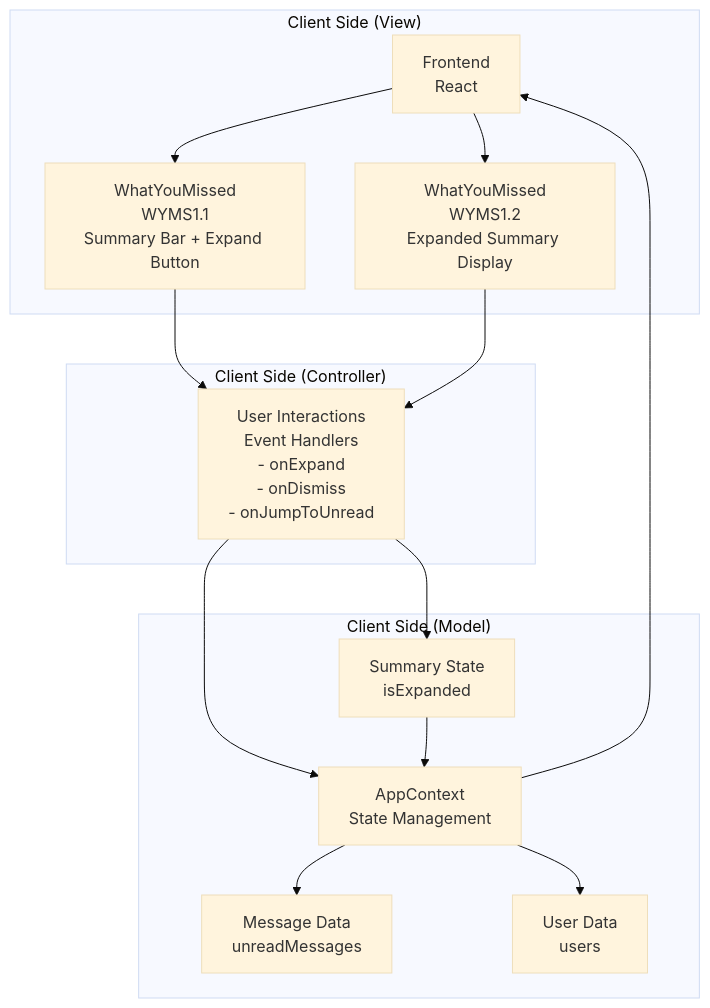
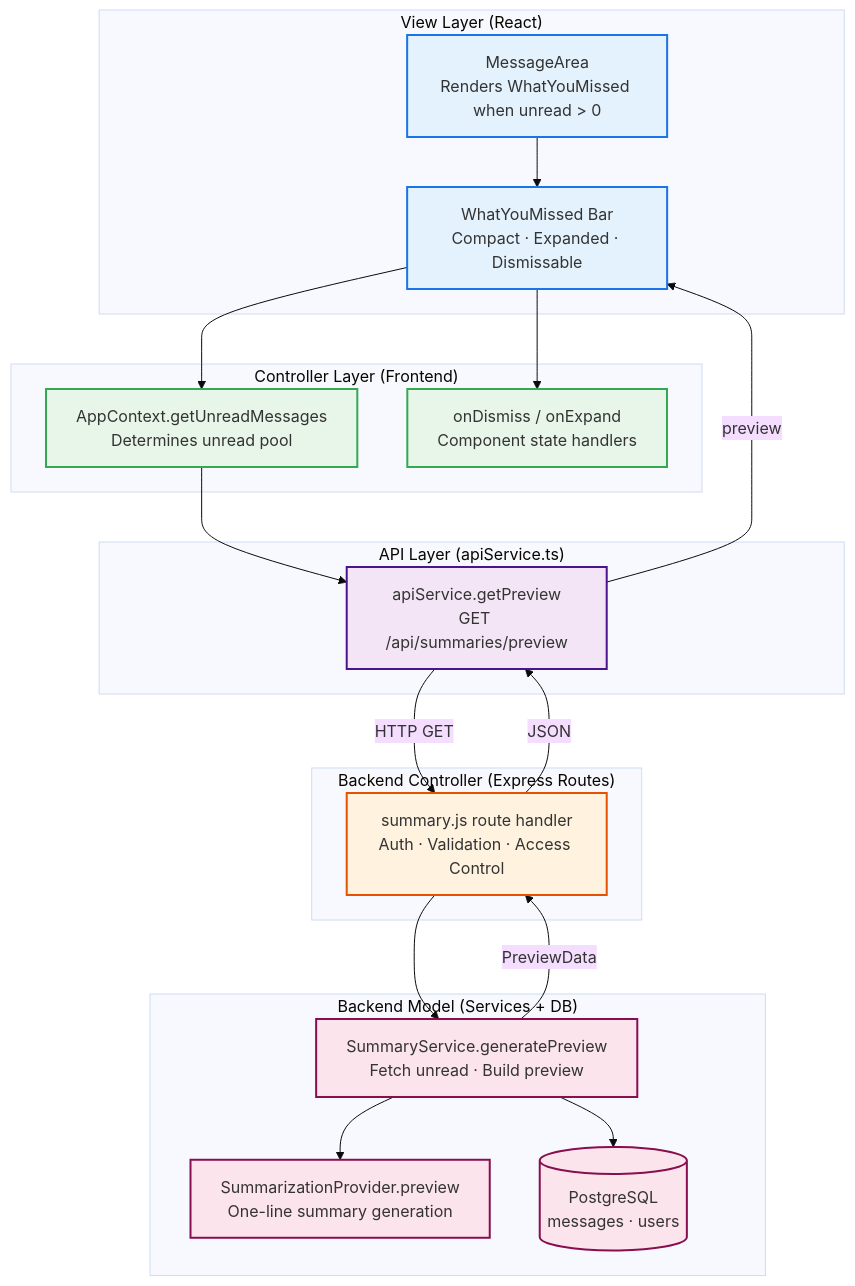
The diagram in docs/diagrams/automatic_architecture_diagram.mmd (LibertyQuinzel/Web-Based-Discord-Clone), drawn with Mermaid (base theme) before and after one commit. The commit also changed 67 other files, not shown here.

Commit message:
P4: Backend implementation with tests, docs, and diagrams

```diff
--- a/docs/diagrams/automatic_architecture_diagram.mmd
+++ b/docs/diagrams/automatic_architecture_diagram.mmd
@@ -1,32 +1,50 @@
 graph TB
-    %% What You Missed Summary (WYMS) - Architecture Diagram
-    %% MVC Architecture Pattern
+    %% What You Missed Preview (US2) - Full-Stack Architecture
 
-    subgraph "Client Side (View)"
-        A[Frontend<br/>React]
-        B[WhatYouMissed<br/>WYMS1.1<br/>Summary Bar + Expand Button]
-        C[WhatYouMissed<br/>WYMS1.2<br/>Expanded Summary Display]
+    subgraph "View Layer (React)"
+        V1[WhatYouMissed Bar<br/>Compact · Expanded · Dismissable]
+        V2[MessageArea<br/>Renders WhatYouMissed when unread > 0]
     end
 
-    subgraph "Client Side (Controller)"
-        D[User Interactions<br/>Event Handlers<br/>- onExpand<br/>- onDismiss<br/>- onJumpToUnread]
+    subgraph "Controller Layer (Frontend)"
+        C1[AppContext.getUnreadMessages<br/>Determines unread pool]
+        C2[onDismiss / onExpand<br/>Component state handlers]
     end
 
-    subgraph "Client Side (Model)"
-        E[AppContext<br/>State Management]
-        F[Message Data<br/>unreadMessages]
-        G[User Data<br/>users]
-        H[Summary State<br/>isExpanded]
+    subgraph "API Layer (apiService.ts)"
+        API[apiService.getPreview<br/>GET /api/summaries/preview]
     end
 
-    %% MVC Data Flow
-    A --> B
-    A --> C
-    B --> D
-    C --> D
-    D --> E
-    D --> H
-    E --> F
-    E --> G
-    H --> E
-    E --> A
+    subgraph "Backend Controller (Express Routes)"
+        RC[summary.js route handler<br/>Auth · Validation · Access Control]
+    end
+
+    subgraph "Backend Model (Services + DB)"
+        SVC[SummaryService.generatePreview<br/>Fetch unread · Build preview]
+        LLM[SummarizationProvider.preview<br/>One-line summary generation]
+        DB[(PostgreSQL<br/>messages · users)]
+    end
+
+    V2 --> V1
+    V1 --> C1
+    V1 --> C2
+    C1 --> API
+    API -->|HTTP GET| RC
+    RC --> SVC
+    SVC --> LLM
+    SVC --> DB
+    SVC -->|PreviewData| RC
+    RC -->|JSON| API
+    API -->|preview| V1
+
+    classDef view fill:#e3f2fd,stroke:#1a73e8,stroke-width:2px
+    classDef controller fill:#e8f5e9,stroke:#34a853,stroke-width:2px
+    classDef api fill:#f3e5f5,stroke:#4a148c,stroke-width:2px
+    classDef backend fill:#fff3e0,stroke:#e65100,stroke-width:2px
+    classDef model fill:#fce4ec,stroke:#880e4f,stroke-width:2px
+
+    class V1,V2 view
+    class C1,C2 controller
+    class API api
+    class RC backend
+    class SVC,LLM,DB model
```
